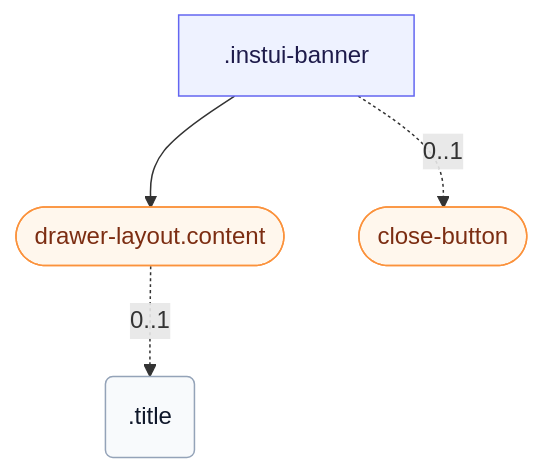
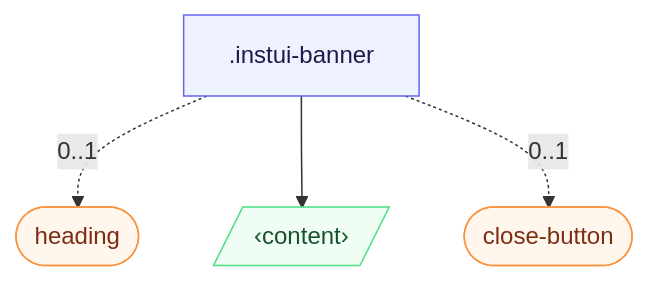
One commit to thedannywahl/pantoken changed the diagram in docs/ar/api/css/banner.md. Above: the diagram before and after it, drawn with Mermaid. The commit also changed other lines of this file and 9999 other files, not shown here.

````diff
--- a/docs/ar/api/css/banner.md
+++ b/docs/ar/api/css/banner.md
@@ -43,16 +51,16 @@
 ```mermaid
 flowchart TD
   n0[".instui-banner"]:::cssdoc-root
-  n1(["drawer-layout.content"]):::cssdoc-component
-  n2(".title"):::cssdoc-part
+  n1(["heading"]):::cssdoc-component
+  n2[/"‹content›"/]:::cssdoc-slot
   n3(["close-button"]):::cssdoc-component
-  n1 -.->|0..1| n2
-  n0 --> n1
+  n0 -.->|0..1| n1
+  n0 --> n2
   n0 -.->|0..1| n3
-  click n1 "/api/css/drawer-layout.content.md"
+  click n1 "/api/css/heading.md"
   click n3 "/api/css/close-button.md"
   classDef cssdoc-root fill:#eef2ff,stroke:#6366f1,color:#1e1b4b;
   classDef cssdoc-part fill:#f8fafc,stroke:#94a3b8,color:#0f172a;
   classDef cssdoc-slot fill:#f0fdf4,stroke:#4ade80,color:#14532d;
   classDef cssdoc-component fill:#fff7ed,stroke:#fb923c,color:#7c2d12;
 ```
````
